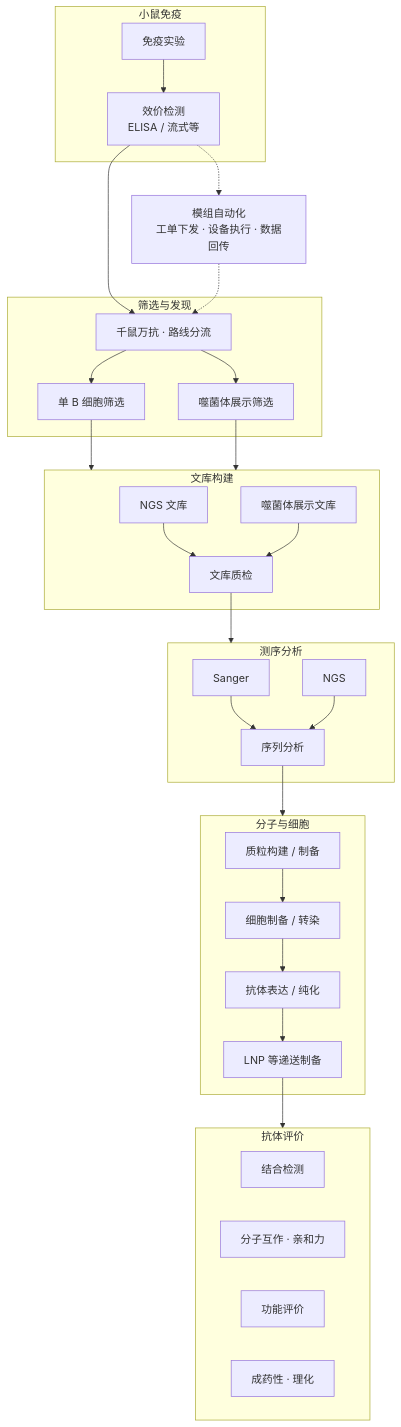
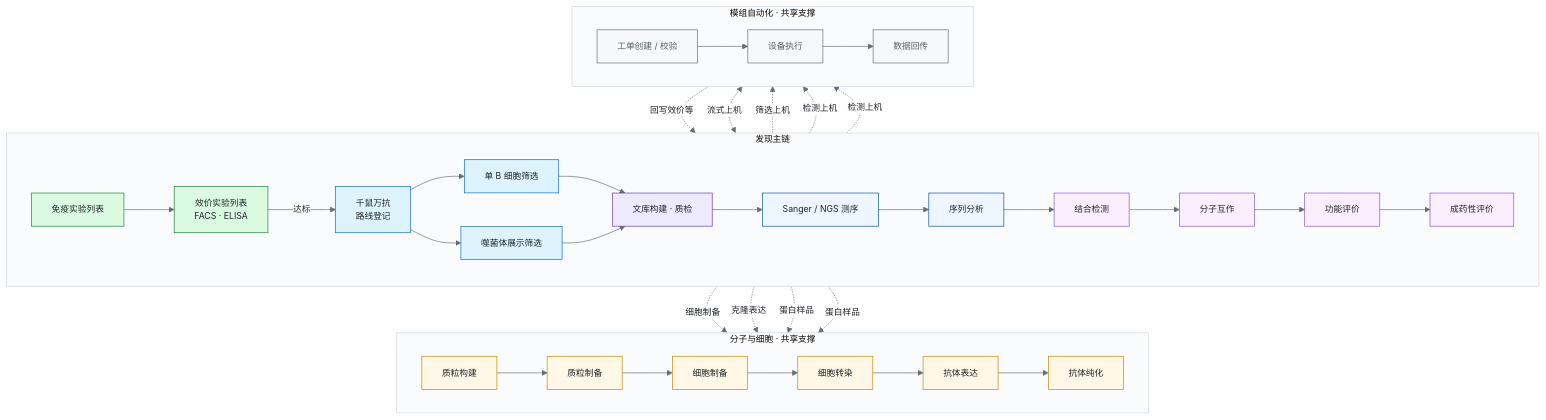
The diagram in README.md (TianBa-SCP035/Antibody_Forge), drawn with Mermaid before and after one commit. The commit also changed other lines of this file, not shown here.

````diff
--- a/README.md
+++ b/README.md
@@ -51,49 +55,53 @@
 ```mermaid
+%%{init: {'theme':'base','themeVariables':{'fontFamily':'Segoe UI, system-ui, sans-serif','fontSize':'13px','primaryColor':'#f6f8fa','primaryTextColor':'#1f2328','primaryBorderColor':'#d0d7de','lineColor':'#656d76','secondaryColor':'#ffffff','tertiaryColor':'#eef6ff','clusterBkg':'#fafbfc','clusterBorder':'#d0d7de'}}}%%
 flowchart TB
-  subgraph immune["小鼠免疫"]
-    I1[免疫实验] --> I2["效价检测<br/>ELISA / 流式等"]
+  subgraph MAIN["发现主链"]
+    direction LR
+    I1["免疫实验列表"] --> I2["效价实验列表\nFACS · ELISA"]
+    I2 -->|"达标"| Q["千鼠万抗\n路线登记"]
+    Q --> SB["单 B 细胞筛选"]
+    Q --> PD["噬菌体展示筛选"]
+    SB --> LQ["文库构建 · 质检"]
+    PD --> LQ
+    LQ --> SEQ["Sanger / NGS 测序"]
+    SEQ --> SA["序列分析"]
+    SA --> E1["结合检测"] --> E2["分子互作"] --> E3["功能评价"] --> E4["成药性评价"]
   end
 
-  subgraph discover["筛选与发现"]
-    D0[千鼠万抗 · 路线分流]
-    D0 --> D1[单 B 细胞筛选]
-    D0 --> D2[噬菌体展示筛选]
+  subgraph MOL["分子与细胞 · 共享支撑"]
+    direction LR
+    M1["质粒构建"] --> M2["质粒制备"] --> M3["细胞制备"] --> M4["细胞转染"] --> M5["抗体表达"] --> M6["抗体纯化"]
   end
 
-  subgraph library["文库构建"]
-    L1[NGS 文库]
-    L2[噬菌体展示文库]
-    L3[文库质检]
-    L1 --> L3
-    L2 --> L3
+  subgraph AUTO["模组自动化 · 共享支撑"]
+    direction LR
+    A1["工单创建 / 校验"] --> A2["设备执行"] --> A3["数据回传"]
   end
 
-  subgraph seq["测序分析"]
-    S1[Sanger] --> S3[序列分析]
-    S2[NGS] --> S3
-  end
+  SB -.->|"细胞制备"| M3
+  SA -.->|"克隆表达"| M1
+  E1 -.->|"蛋白样品"| M6
+  E2 -.->|"蛋白样品"| M6
 
-  subgraph mol["分子与细胞"]
-    M1[质粒构建 / 制备] --> M2[细胞制备 / 转染]
-    M2 --> M3[抗体表达 / 纯化]
-    M3 --> M4[LNP 等递送制备]
-  end
+  I2 <-.->|"流式上机"| A2
+  SB -.->|"筛选上机"| A1
+  E1 -.->|"检测上机"| A1
+  E2 -.->|"检测上机"| A1
+  A3 -.->|"回写效价等"| I2
 
-  subgraph eval["抗体评价"]
-    E1[结合检测]
-    E2[分子互作 · 亲和力]
-    E3[功能评价]
-    E4[成药性 · 理化]
-  end
+  classDef immune fill:#dafbe1,stroke:#1a7f37,color:#1f2328
+  classDef discover fill:#ddf4ff,stroke:#0969da,color:#1f2328
+  classDef library fill:#ede9fe,stroke:#6639ba,color:#1f2328
+  classDef seq fill:#eef6ff,stroke:#0550ae,color:#1f2328
+  classDef eval fill:#fbefff,stroke:#8250df,color:#1f2328
+  classDef mol fill:#fff8e6,stroke:#bf8700,color:#1f2328
+  classDef auto fill:#f6f8fa,stroke:#656d76,color:#57606a
 
-  auto["模组自动化<br/>工单下发 · 设备执行 · 数据回传"]
-
-  I2 --> D0
-  D1 --> library
-  D2 --> library
-  L3 --> seq
-  S3 --> mol
-  M4 --> eval
-  I2 -.-> auto
-  auto -.-> D0
+  class I1,I2 immune
+  class Q,SB,PD discover
+  class LQ library
+  class SEQ,SA seq
+  class E1,E2,E3,E4 eval
+  class M1,M2,M3,M4,M5,M6 mol
+  class A1,A2,A3 auto
 ```
````
